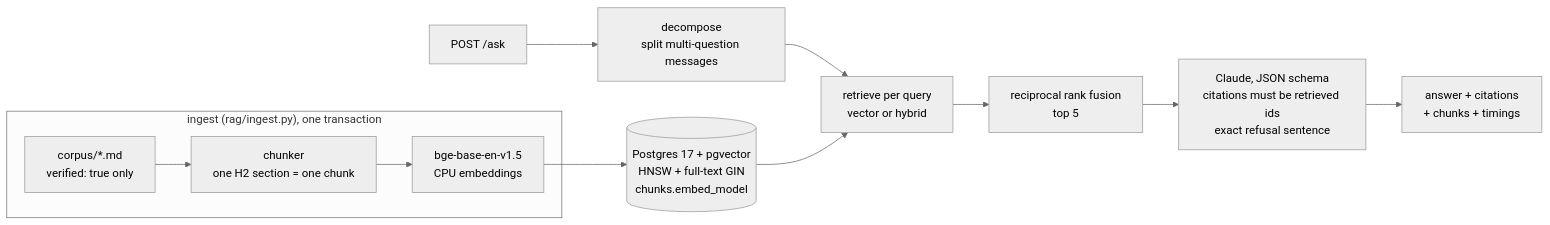
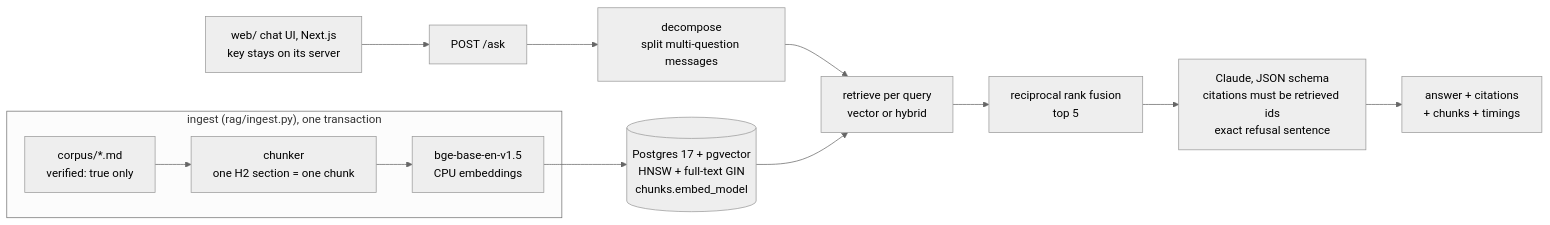
The diagram in README.md (keeganleach3/plant-care-rag), drawn with Mermaid (neutral theme) before and after one commit. The commit also changed other lines of this file and 10 other files, not shown here.

First line of the commit message:
README: summary preview (badges, hero from the recorded m06 answer, at-a-glance), the UI and its key guard; social preview image

````diff
--- a/README.md
+++ b/README.md
@@ -23,10 +24,11 @@
 ```mermaid
 flowchart LR
   subgraph ingest ["ingest (rag/ingest.py), one transaction"]
     C["corpus/*.md<br/>verified: true only"] --> K["chunker<br/>one H2 section = one chunk"] --> E["bge-base-en-v1.5<br/>CPU embeddings"]
   end
   E --> DB[("Postgres 17 + pgvector<br/>HNSW + full-text GIN<br/>chunks.embed_model")]
+  U["web/ chat UI, Next.js<br/>key stays on its server"] --> Q
   Q["POST /ask"] --> D["decompose<br/>split multi-question messages"] --> R["retrieve per query<br/>vector or hybrid"]
   DB --> R
   R --> F["reciprocal rank fusion<br/>top 5"] --> G["Claude, JSON schema<br/>citations must be retrieved ids<br/>exact refusal sentence"] --> A["answer + citations<br/>+ chunks + timings"]
 ```
````
